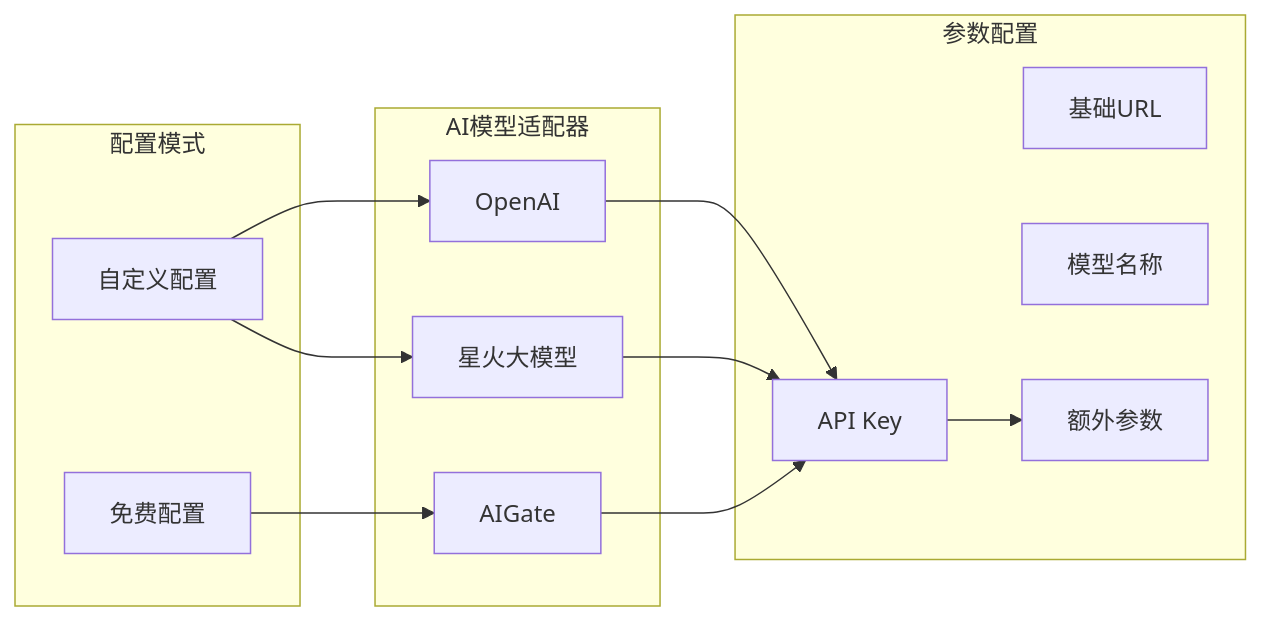
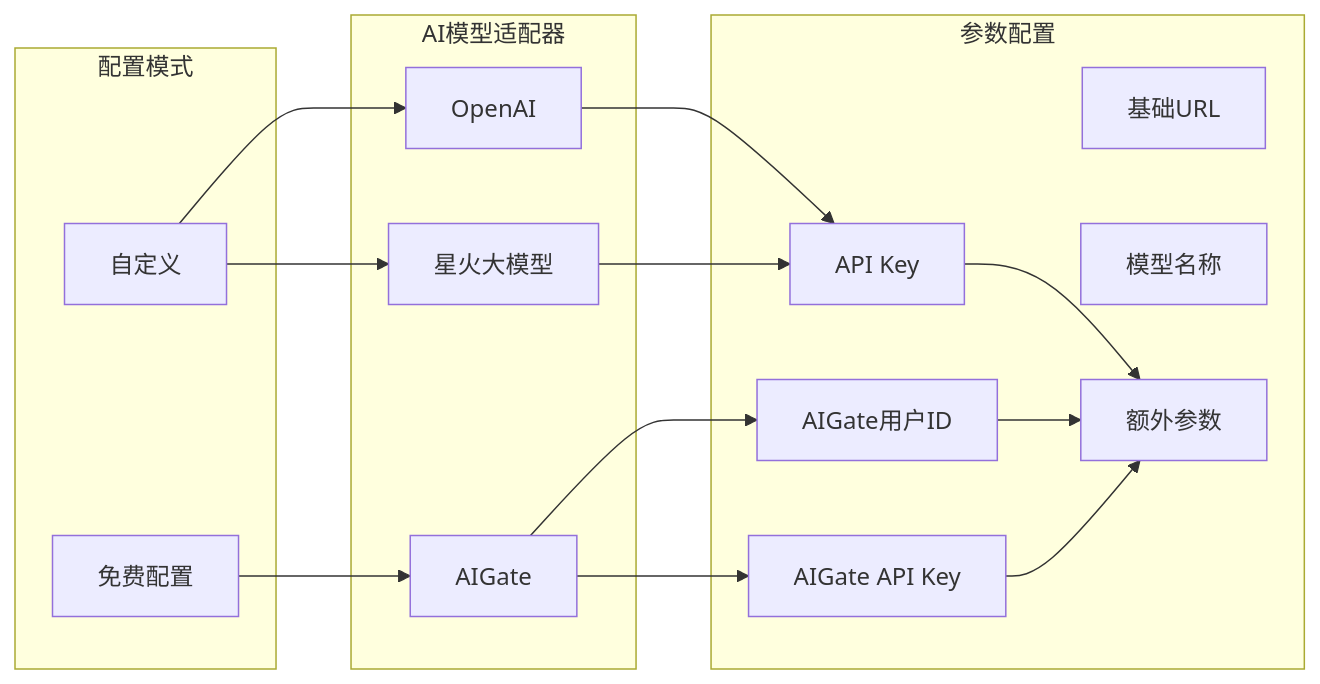
Diagram 11 of 12 in .qoder/repowiki/zh/content/核心功能模块/AI关键词提取系统.md (RadiumAg/bilibili-favorites), drawn with Mermaid before and after one commit. The commit also changed other lines of this file and 2 other files, not shown here.

````diff
--- a/.qoder/repowiki/zh/content/核心功能模块/AI关键词提取系统.md
+++ b/.qoder/repowiki/zh/content/核心功能模块/AI关键词提取系统.md
@@ -356,25 +492,31 @@
 ```mermaid
 graph LR
 subgraph "配置模式"
 Custom[自定义配置]
 Free[免费配置]
 end
 subgraph "AI模型适配器"
 OpenAI[OpenAI]
 Spark[星火大模型]
 AIGate[AIGate]
+Custom[自定义]
 end
 subgraph "参数配置"
 APIKey[API Key]
 BaseURL[基础URL]
 Model[模型名称]
 ExtraParams[额外参数]
+AIGateUserId[AIGate用户ID]
+AIGateApiKey[AIGate API Key]
 end
 Custom --> OpenAI
 Custom --> Spark
 Free --> AIGate
 OpenAI --> APIKey
 Spark --> APIKey
-AIGate --> APIKey
+AIGate --> AIGateUserId
+AIGate --> AIGateApiKey
 APIKey --> ExtraParams
+AIGateUserId --> ExtraParams
+AIGateApiKey --> ExtraParams
 ```
````
